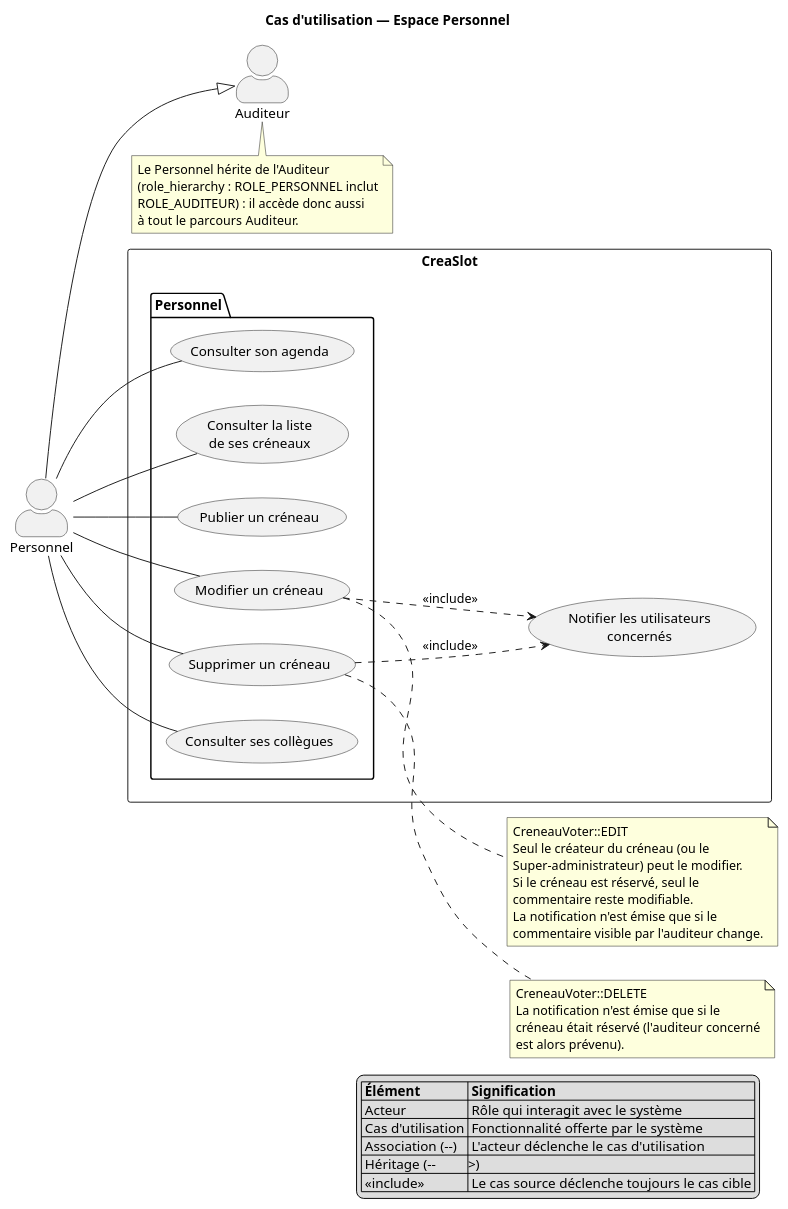
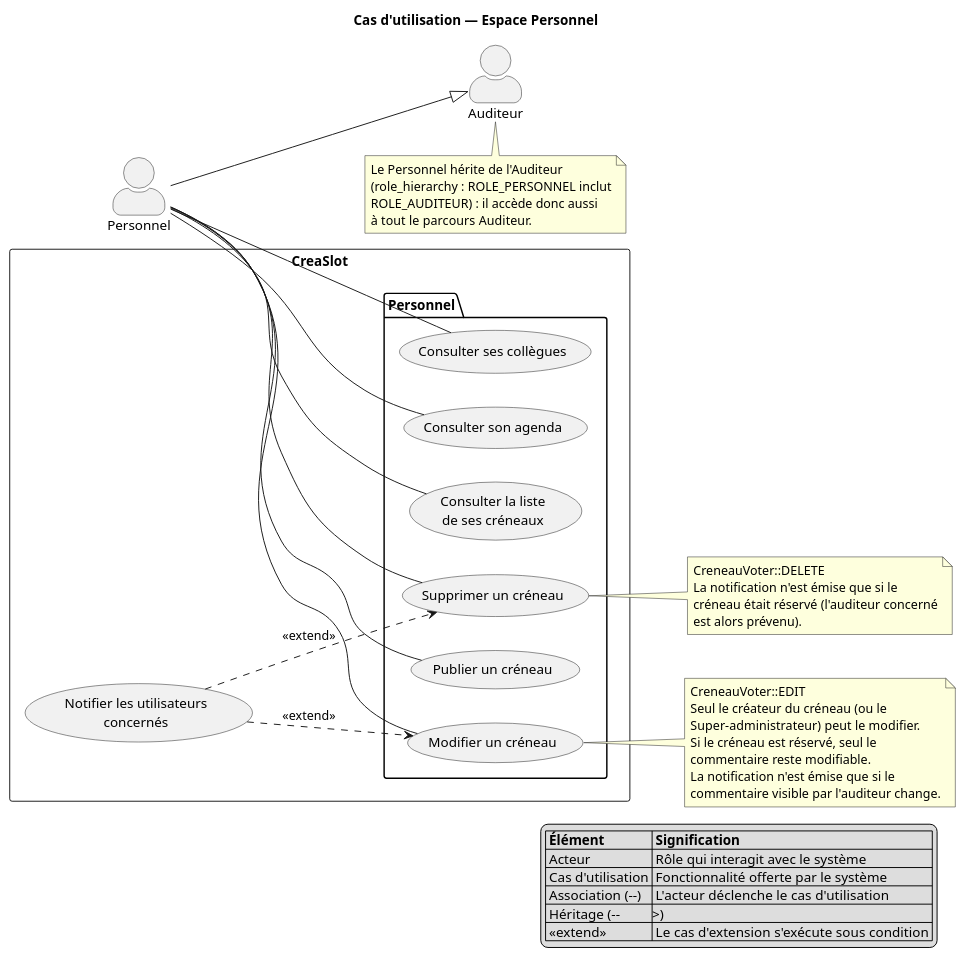
The diagram in docs/diagrammes/cas-utilisation-3-personnel.puml (sgahovey/creaslot), drawn with PlantUML before and after one commit. The commit also changed 3 other files, not shown here.

First line of the commit message:
docs(diagrammes): corrige les cas d'utilisation et epure le diagramme de classes

```diff
--- a/docs/diagrammes/cas-utilisation-3-personnel.puml
+++ b/docs/diagrammes/cas-utilisation-3-personnel.puml
@@ -1,96 +1,97 @@
 @startuml cas-utilisation-3-personnel
 ' =====================================================================
 ' CreaSlot — Cas d'utilisation 3/4 : espace Personnel
 '
 ' Fidele au code : routes protegees par #[IsGranted('ROLE_PERSONNEL')]
 ' au niveau des classes de src/Controller/Personnel/, completees par des
 ' autorisations contextuelles via CreneauVoter.
 '
 ' Heritage conforme a la role_hierarchy reelle
 ' (config/packages/security.yaml) :
 '     ROLE_PERSONNEL: [ROLE_AUDITEUR]
 ' Le Personnel HERITE de l'Auditeur : un membre du Personnel dispose aussi
 ' des droits Auditeur et peut donc reserver un creneau. Ce n'est pas une
 ' branche parallele, mais bien une chaine d'heritage.
 '
 ' Sources : CreneauController, CollegueController.
 ' Endpoints JSON techniques exclus (api_creneaux_personnel,
 ' api_creneaux_next_reserved : alimentation du calendrier FullCalendar).
 ' =====================================================================
 
 left to right direction
 skinparam shadowing false
 skinparam actorStyle awesome
 
 title Cas d'utilisation — Espace Personnel
 
 actor "Auditeur" as AUDITEUR
 actor "Personnel" as PERSONNEL
 
 PERSONNEL --|> AUDITEUR
 
 rectangle CreaSlot {
 
     package "Personnel" {
         usecase "Consulter son agenda"                as UC_AGENDA
         usecase "Consulter la liste\nde ses créneaux" as UC_CRENEAU_LISTE
         usecase "Publier un créneau"                  as UC_CRENEAU_NOUVEAU
         usecase "Modifier un créneau"                 as UC_CRENEAU_MODIFIER
         usecase "Supprimer un créneau"                as UC_CRENEAU_SUPPRIMER
         usecase "Consulter ses collègues"             as UC_COLLEGUES
     }
 
     usecase "Notifier les utilisateurs\nconcernés" as UC_NOTIFIER
 }
 
 ' Associations — Personnel (ROLE_PERSONNEL)
 PERSONNEL -- UC_AGENDA
 PERSONNEL -- UC_CRENEAU_LISTE
 PERSONNEL -- UC_CRENEAU_NOUVEAU
 PERSONNEL -- UC_CRENEAU_MODIFIER
 PERSONNEL -- UC_CRENEAU_SUPPRIMER
 PERSONNEL -- UC_COLLEGUES
 
-' Include — CreneauController : suppression d'un creneau reserve declenche
-' notifierAuditeurSuppressionCreneau().
-UC_CRENEAU_SUPPRIMER ..> UC_NOTIFIER : <<include>>
+' Extend — la notification est CONDITIONNELLE (relation <<extend>> : le cas
+' d'extension pointe vers le cas de base).
+' Suppression : notifierAuditeurSuppressionCreneau() declenchee UNIQUEMENT
+' si le creneau etait reserve.
+UC_NOTIFIER ..> UC_CRENEAU_SUPPRIMER : <<extend>>
 
-' Include — CreneauController : modification declenche
-' notifierAuditeurCommentaireCreneau() lorsque le commentaire visible
-' par l'auditeur a change.
-UC_CRENEAU_MODIFIER ..> UC_NOTIFIER : <<include>>
+' Modification : notifierAuditeurCommentaireCreneau() declenchee UNIQUEMENT
+' si le creneau est reserve ET que le commentaire visible par l'auditeur change.
+UC_NOTIFIER ..> UC_CRENEAU_MODIFIER : <<extend>>
 
 note right of UC_CRENEAU_MODIFIER
   CreneauVoter::EDIT
   Seul le créateur du créneau (ou le
   Super-administrateur) peut le modifier.
   Si le créneau est réservé, seul le
   commentaire reste modifiable.
   La notification n'est émise que si le
   commentaire visible par l'auditeur change.
 end note
 
 note right of UC_CRENEAU_SUPPRIMER
   CreneauVoter::DELETE
   La notification n'est émise que si le
   créneau était réservé (l'auditeur concerné
   est alors prévenu).
 end note
 
 note bottom of AUDITEUR
   Le Personnel hérite de l'Auditeur
   (role_hierarchy : ROLE_PERSONNEL inclut
   ROLE_AUDITEUR) : il accède donc aussi
   à tout le parcours Auditeur.
 end note
 
 legend right
   | **Élément** | **Signification** |
   | Acteur | Rôle qui interagit avec le système |
   | Cas d'utilisation | Fonctionnalité offerte par le système |
   | Association (--) | L'acteur déclenche le cas d'utilisation |
   | Héritage (--|>) | L'acteur fils hérite des cas du parent |
-  | <<include>> | Le cas source déclenche toujours le cas cible |
+  | <<extend>> | Le cas d'extension s'exécute sous condition |
 endlegend
 
 @enduml
```
